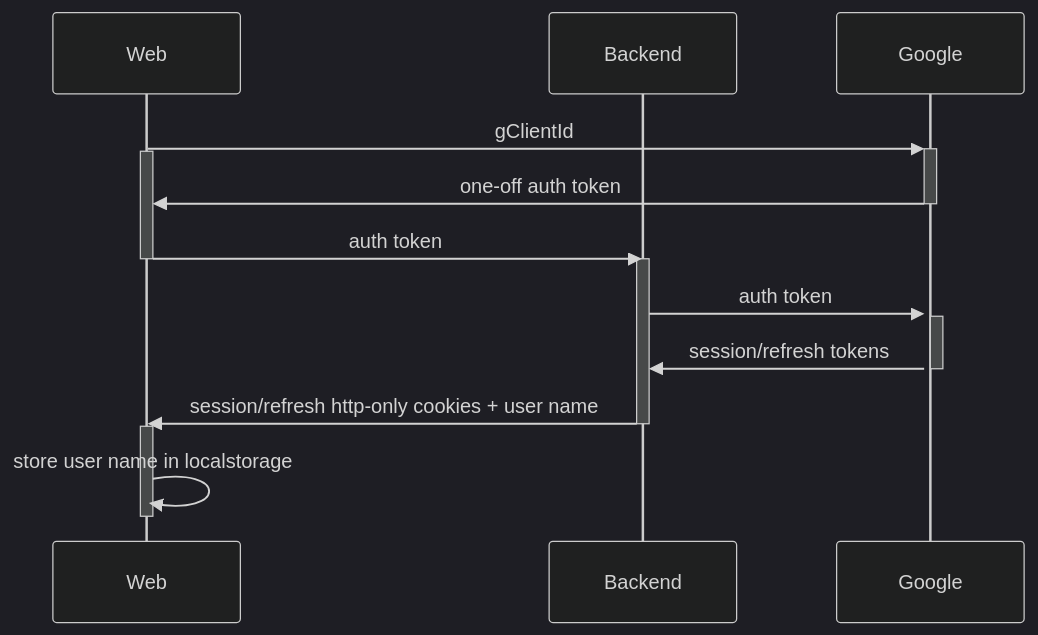
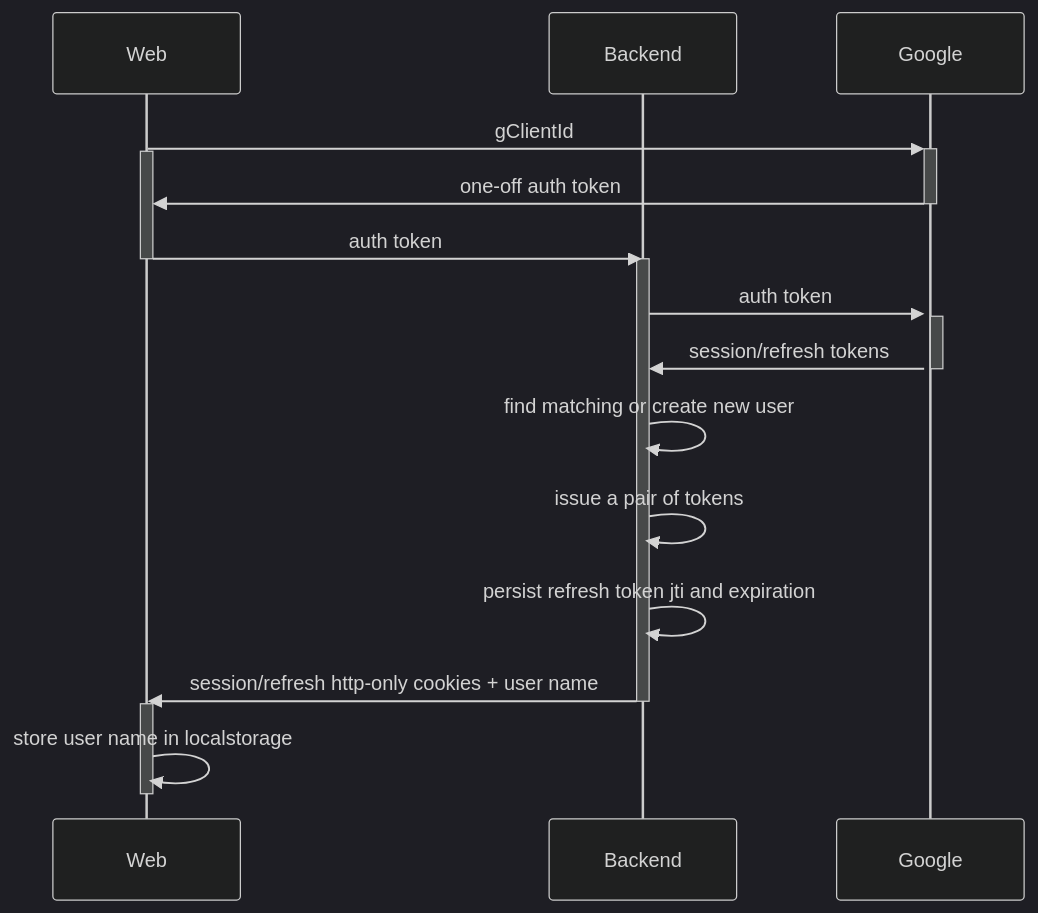
Before and after one commit to amg/fitness-tracker: the first of 2 diagrams in docs/ADR-001-authentication.md, drawn with Mermaid (dark theme). The commit also changed other lines of this file and 15 other files, not shown here.

```diff
--- a/docs/ADR-001-authentication.md
+++ b/docs/ADR-001-authentication.md
@@ -29,19 +29,22 @@
 ::: mermaid
 sequenceDiagram
     participant Web
     participant Backend
     participant Google
 
     Web->>+Google: gClientId
     activate Web
     Google->>-Web: one-off auth token
     Web->>-Backend: auth token
     activate Backend
     Backend->>+Google: auth token
     activate Google
     Google->>-Backend: session/refresh tokens
+    Backend->>Backend: find matching or create new user
+    Backend->>Backend: issue a pair of tokens
+    Backend->>Backend: persist refresh token jti and expiration
     Backend->>-Web: session/refresh http-only cookies + user name
     activate Web
     Web->>Web: store user name in localstorage
     deactivate Web
 :::
```
